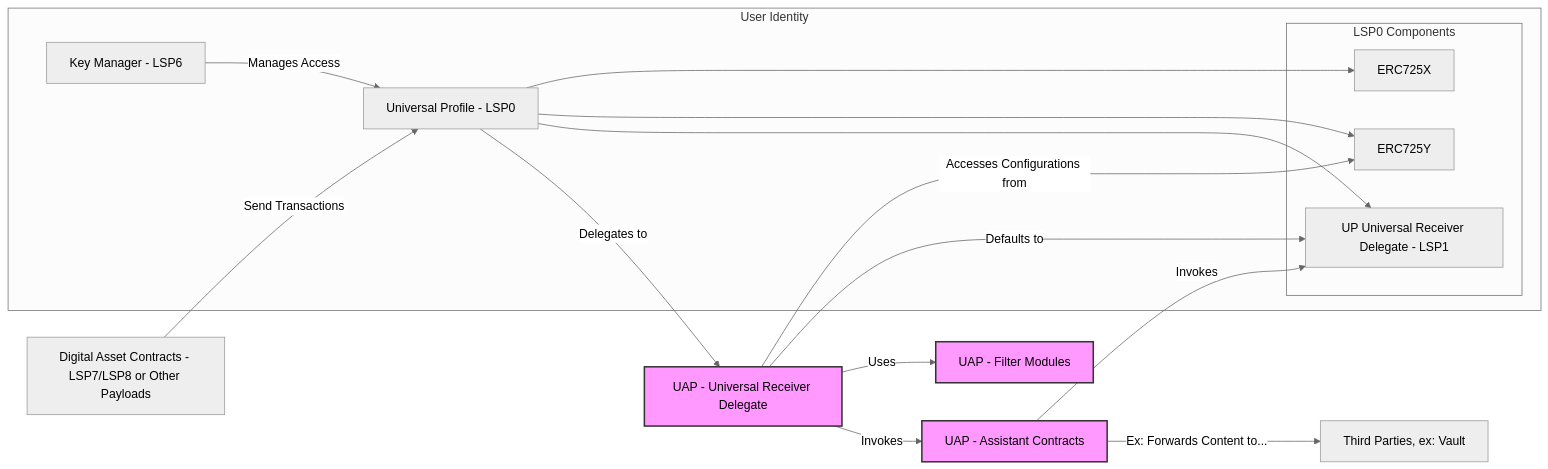
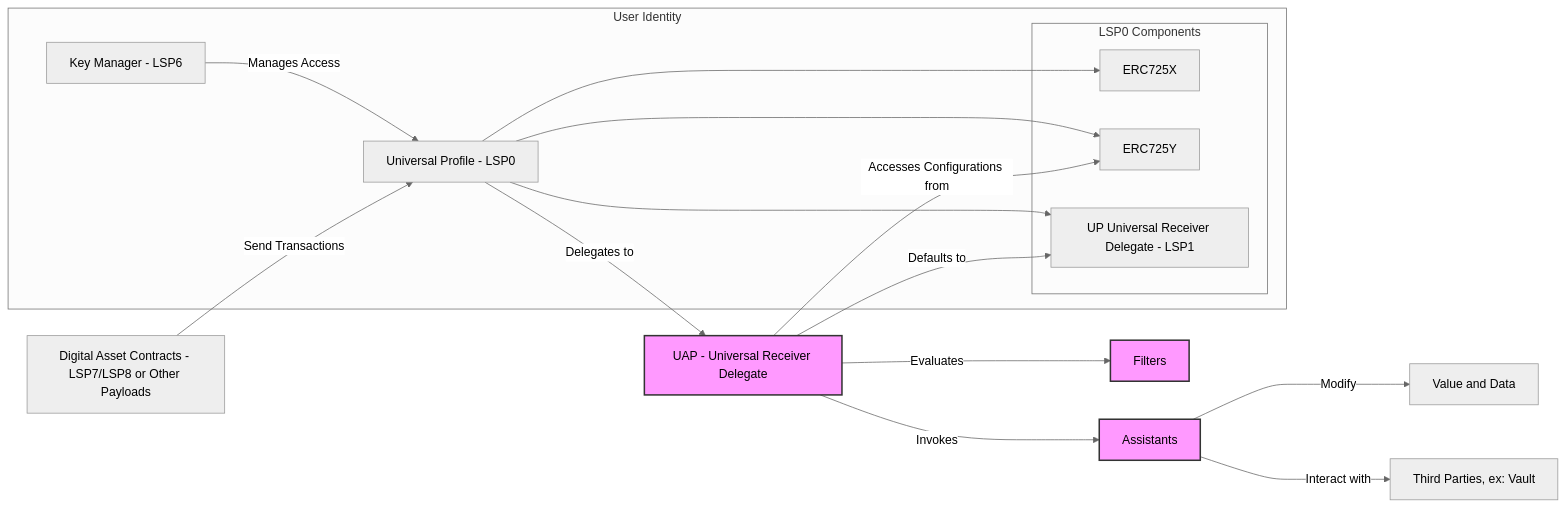
Before and after one commit to yearone-io/universal-assistant-protocol: the first of 2 diagrams in README.md, drawn with Mermaid (neutral theme). The commit also changed other lines of this file and 13 other files, not shown here.

````diff
--- a/README.md
+++ b/README.md
@@ -2,40 +3,40 @@
 ```mermaid
 graph LR
 
 subgraph User Identity
     UP[Universal Profile - LSP0]
     subgraph LSP0 Components
         ERC725X
         ERC725Y
         LSP1[UP Universal Receiver Delegate - LSP1]
     end
     UP --> ERC725X
     UP --> ERC725Y
     UP --> LSP1
     KM[Key Manager - LSP6] -->|Manages Access| UP
 end
 
 Tokens[Digital Asset Contracts - LSP7/LSP8 or Other Payloads] -->|Send Transactions| UP
 
 UP -->|Delegates to| URDuap[UAP - Universal Receiver Delegate]
 
 URDuap -->|Accesses Configurations from| ERC725Y
 
-URDuap -->|Uses| FM[UAP - Filter Modules]
+URDuap -->|Evaluates| Filters
 
-URDuap -->|Invokes| AC[UAP - Assistant Contracts]
+URDuap -->|Invokes| Assistants
 
-AC -->|Ex: Forwards Content to...| ThirdParties[Third Parties, ex: Vault]
+Assistants -->|Modify| Value_and_Data[Value and Data]
 
-AC -->|Invokes| LSP1
+Assistants -->|Interact with| ThirdParties[Third Parties, ex: Vault]
 
 URDuap -->|Defaults to| LSP1
 
 %% Style Definitions
 classDef uapClass fill:#f9f,stroke:#333,stroke-width:2px;
 
 %% Apply Styles to UAP Components
 class URDuap uapClass
-class FM uapClass
-class AC uapClass
+class Filters uapClass
+class Assistants uapClass
 ```
````
